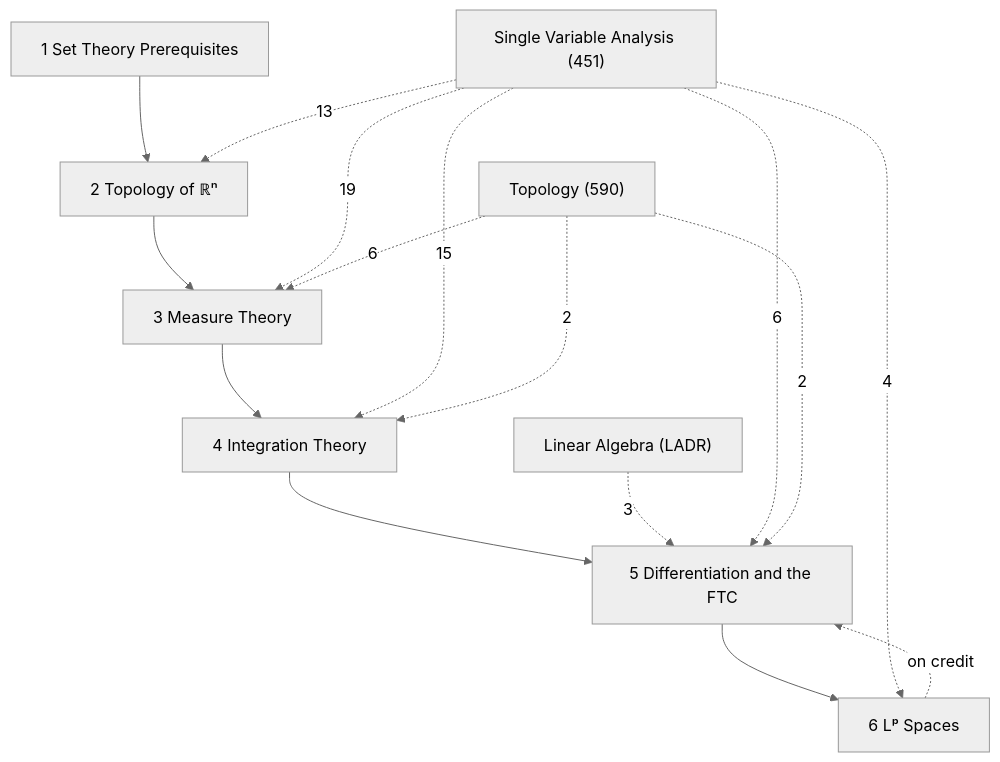
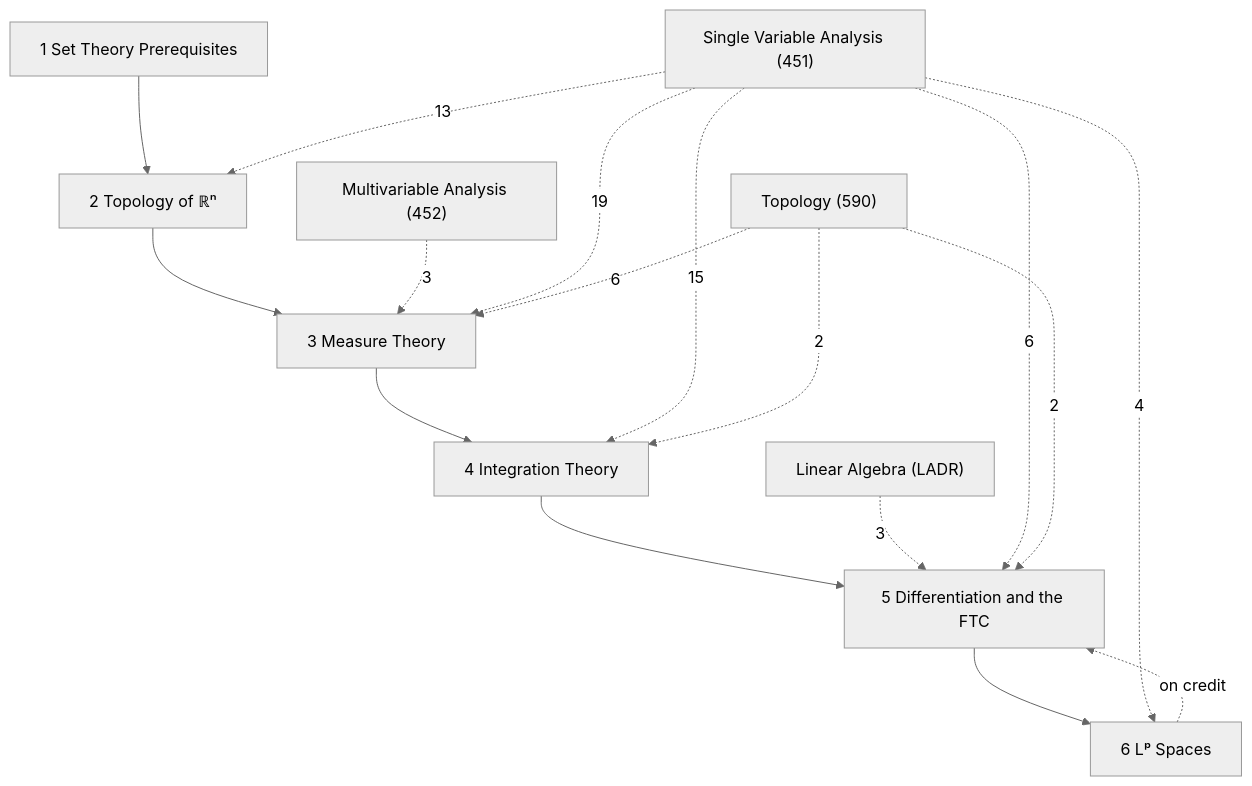
One commit to Onion20040508/notes changed the diagram in Math/Measure Theory/Measure Theory.md. Above: the diagram before and after it, drawn with Mermaid (neutral theme). The commit also changed other lines of this file and 366 other files, not shown here.

````diff
--- a/Math/Measure Theory/Measure Theory.md
+++ b/Math/Measure Theory/Measure Theory.md
@@ -19,27 +19,29 @@
 ```mermaid
 graph TD
   C1["1 Set Theory Prerequisites"]
   C2["2 Topology of ℝⁿ"]
   C3["3 Measure Theory"]
   C4["4 Integration Theory"]
   C5["5 Differentiation and the FTC"]
   C6["6 Lᵖ Spaces"]
   X1["Single Variable Analysis (451)"]
   X2["Topology (590)"]
   X3["Linear Algebra (LADR)"]
+  X4["Multivariable Analysis (452)"]
   C1 --> C2
   C2 --> C3
   C3 --> C4
   C4 --> C5
   C5 --> C6
   C6 -.->|on credit| C5
   X3 -.->|3| C5
+  X4 -.->|3| C3
   X1 -.->|13| C2
   X1 -.->|19| C3
   X1 -.->|15| C4
   X1 -.->|6| C5
   X1 -.->|4| C6
   X2 -.->|6| C3
   X2 -.->|2| C4
   X2 -.->|2| C5
 ```
````
